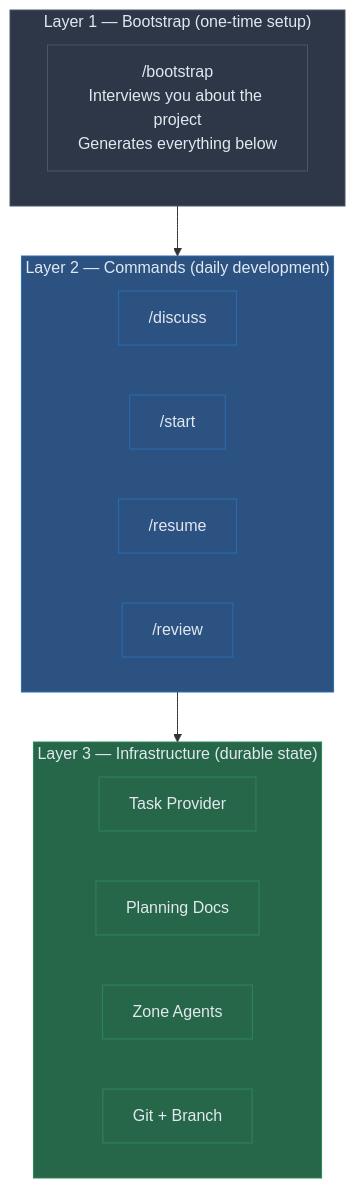
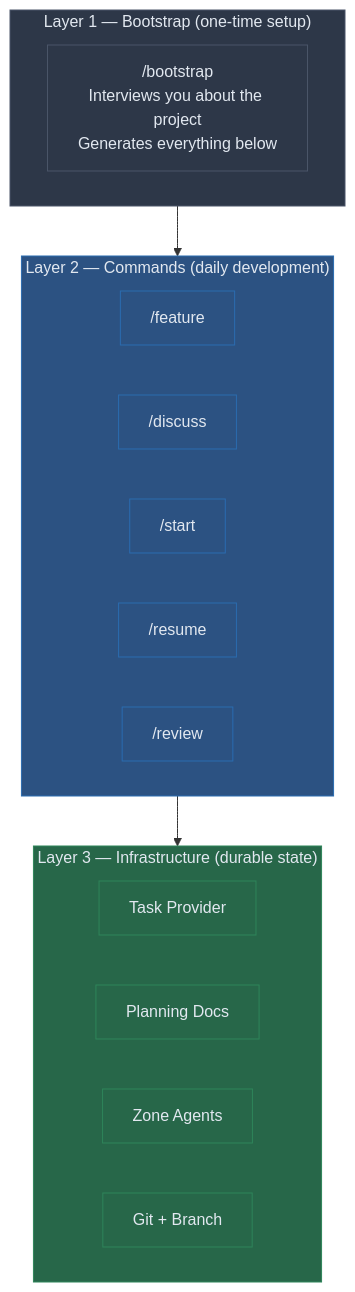
One commit to StudioMopoke/agentic-bootstrap changed the first of 6 diagrams in README.md. Above: the diagram before and after it, drawn with Mermaid. The commit also changed other lines of this file and 1 other file, not shown here.

First line of the commit message:
Add /feature command for interactive feature specification

````diff
--- a/README.md
+++ b/README.md
@@ -26,38 +27,40 @@
 ```mermaid
 flowchart TD
     subgraph bootstrap ["Layer 1 — Bootstrap (one-time setup)"]
         B["/bootstrap\nInterviews you about the project\nGenerates everything below"]
     end
 
     subgraph commands ["Layer 2 — Commands (daily development)"]
         direction LR
+        CC["/feature"]
         D["/discuss"]
         E["/start"]
         F["/resume"]
         G["/review"]
     end
 
     subgraph infra ["Layer 3 — Infrastructure (durable state)"]
         direction LR
         H["Task Provider"]
         I["Planning Docs"]
         J["Zone Agents"]
         K["Git + Branch"]
     end
 
     bootstrap --> commands
     commands --> infra
 
     style bootstrap fill:#2d3748,color:#e2e8f0,stroke:#4a5568
     style commands fill:#2c5282,color:#e2e8f0,stroke:#2b6cb0
     style infra fill:#276749,color:#e2e8f0,stroke:#2f855a
     style B fill:#2d3748,color:#e2e8f0,stroke:#4a5568
+    style CC fill:#2c5282,color:#e2e8f0,stroke:#2b6cb0
     style D fill:#2c5282,color:#e2e8f0,stroke:#2b6cb0
     style E fill:#2c5282,color:#e2e8f0,stroke:#2b6cb0
     style F fill:#2c5282,color:#e2e8f0,stroke:#2b6cb0
     style G fill:#2c5282,color:#e2e8f0,stroke:#2b6cb0
     style H fill:#276749,color:#e2e8f0,stroke:#2f855a
     style I fill:#276749,color:#e2e8f0,stroke:#2f855a
     style J fill:#276749,color:#e2e8f0,stroke:#2f855a
     style K fill:#276749,color:#e2e8f0,stroke:#2f855a
 ```
````
